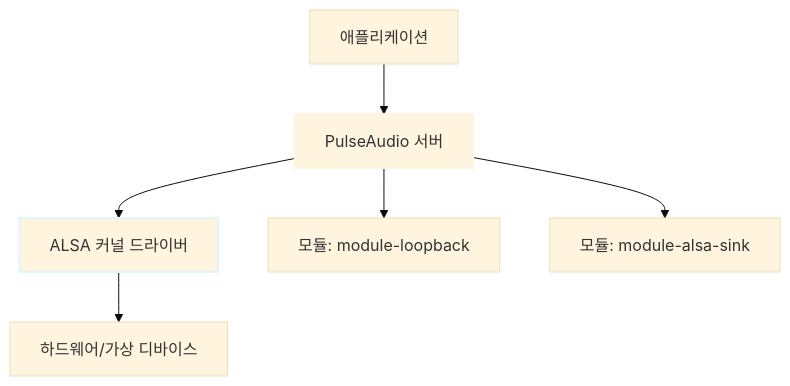
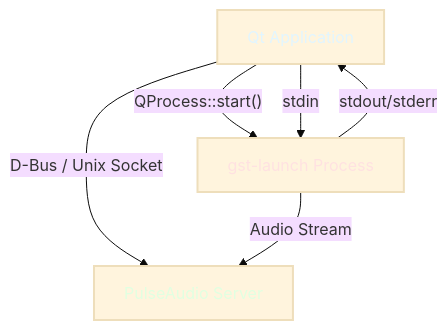
One commit to c0z0c/blog changed the third of 7 diagrams in 검토/251106_Yocto_WebRTC.md. Above: the diagram before and after it, drawn with Mermaid (base theme). The commit also changed other lines of this file and 4 other files, not shown here.

````diff
--- a/검토/251106_Yocto_WebRTC.md
+++ b/검토/251106_Yocto_WebRTC.md
@@ -518,12 +999,12 @@
 ```mermaid
-graph TB
-    A["애플리케이션"] --> B["PulseAudio 서버"]
-    B --> C["ALSA 커널 드라이버"]
-    C --> D["하드웨어/가상 디바이스"]
+graph TD
+    A["Qt Application"] -->|"QProcess::start()"| B["gst-launch Process"]
+    B -->|"stdout/stderr"| A
+    A -->|"stdin"| B
+    A -->|"D-Bus / Unix Socket"| C["PulseAudio Server"]
+    B -->|"Audio Stream"| C
     
-    B --> E["모듈: module-loopback"]
-    B --> F["모듈: module-alsa-sink"]
-    
-    style B stroke-width:2px,stroke:#fff4e1
-    style C stroke-width:2px,stroke:#e1f5ff
+    style A stroke-width:2px,color:#e1f5ff
+    style B stroke-width:2px,color:#ffe1e1
+    style C stroke-width:2px,color:#e1ffe1
 ```
````
